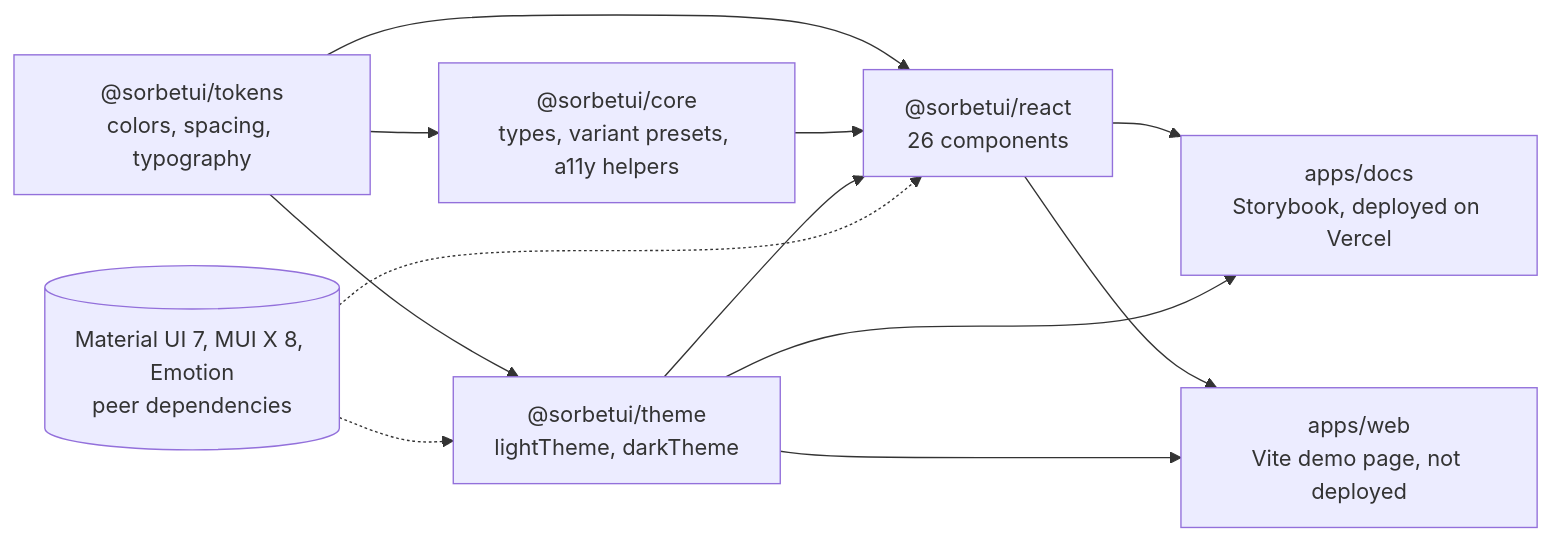
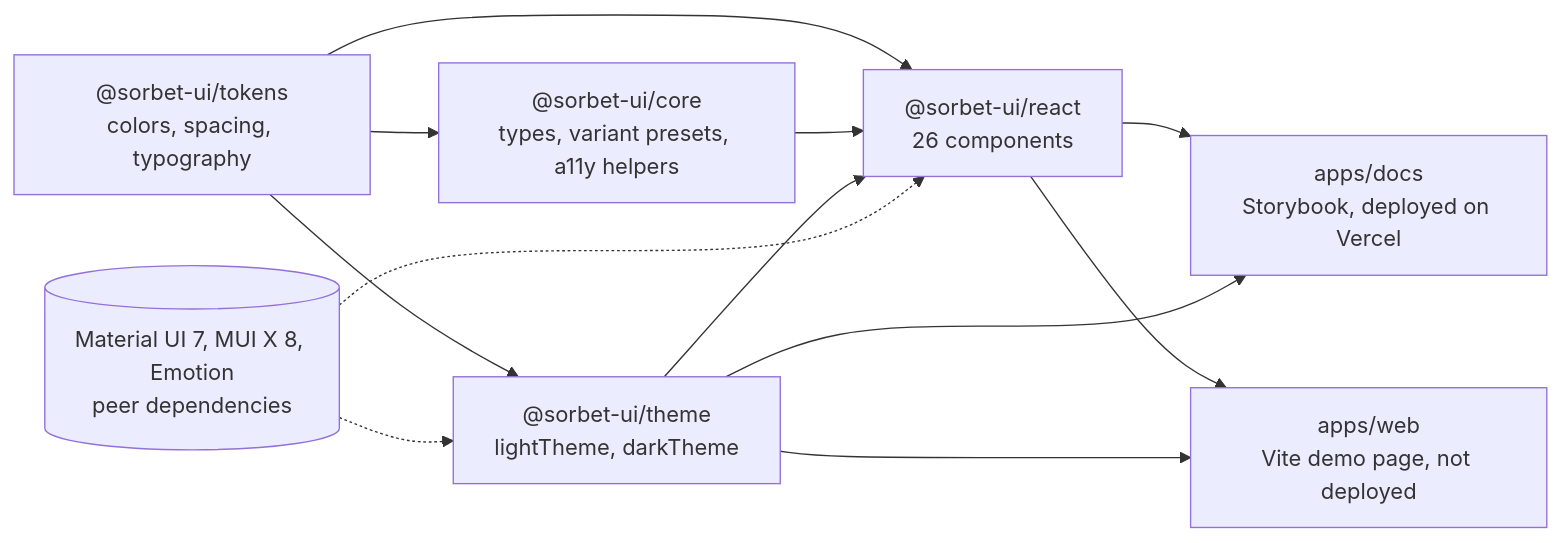
Before and after one commit to tahmidbintaslim/sorbet-ui: the diagram in README.md, drawn with Mermaid. The commit also changed other lines of this file and 58 other files, not shown here.

````diff
--- a/README.md
+++ b/README.md
@@ -189,22 +189,22 @@
 ```mermaid
 flowchart LR
-  tokens["@sorbetui/tokens<br/>colors, spacing, typography"]
-  core["@sorbetui/core<br/>types, variant presets, a11y helpers"]
-  theme["@sorbetui/theme<br/>lightTheme, darkTheme"]
-  react["@sorbetui/react<br/>26 components"]
+  tokens["@sorbet-ui/tokens<br/>colors, spacing, typography"]
+  core["@sorbet-ui/core<br/>types, variant presets, a11y helpers"]
+  theme["@sorbet-ui/theme<br/>lightTheme, darkTheme"]
+  react["@sorbet-ui/react<br/>26 components"]
   mui[("Material UI 7, MUI X 8, Emotion<br/>peer dependencies")]
   docs["apps/docs<br/>Storybook, deployed on Vercel"]
   web["apps/web<br/>Vite demo page, not deployed"]
 
   tokens --> core
   tokens --> theme
   tokens --> react
   core --> react
   theme --> react
   mui -.-> theme
   mui -.-> react
   react --> docs
   theme --> docs
   react --> web
   theme --> web
 ```
````
